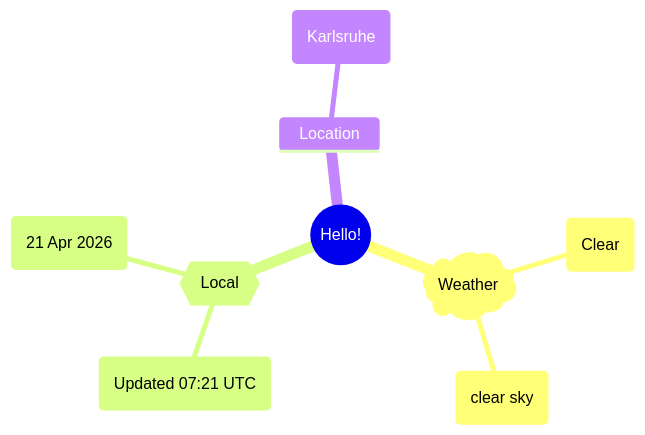
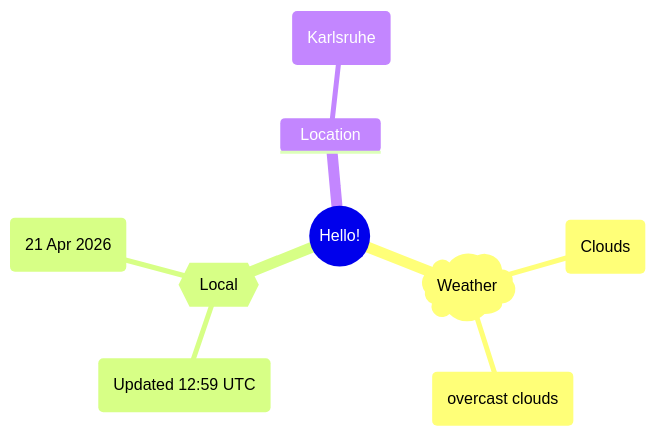
The first of 2 diagrams in README.md (Xosrov/Xosrov), drawn with Mermaid before and after one commit.

Commit message:
[bot] updated images

````diff
--- a/README.md
+++ b/README.md
@@ -3,12 +3,12 @@
 ```mermaid
 mindmap
   root((Hello!))
     )Weather(
-        (Clear)
-        (clear sky)
+        (Clouds)
+        (overcast clouds)
     {{Local}}
-        (Updated 07:21 UTC)
+        (Updated 12:59 UTC)
         (21 Apr 2026)
     Location
         (Karlsruhe)
 ```
````
